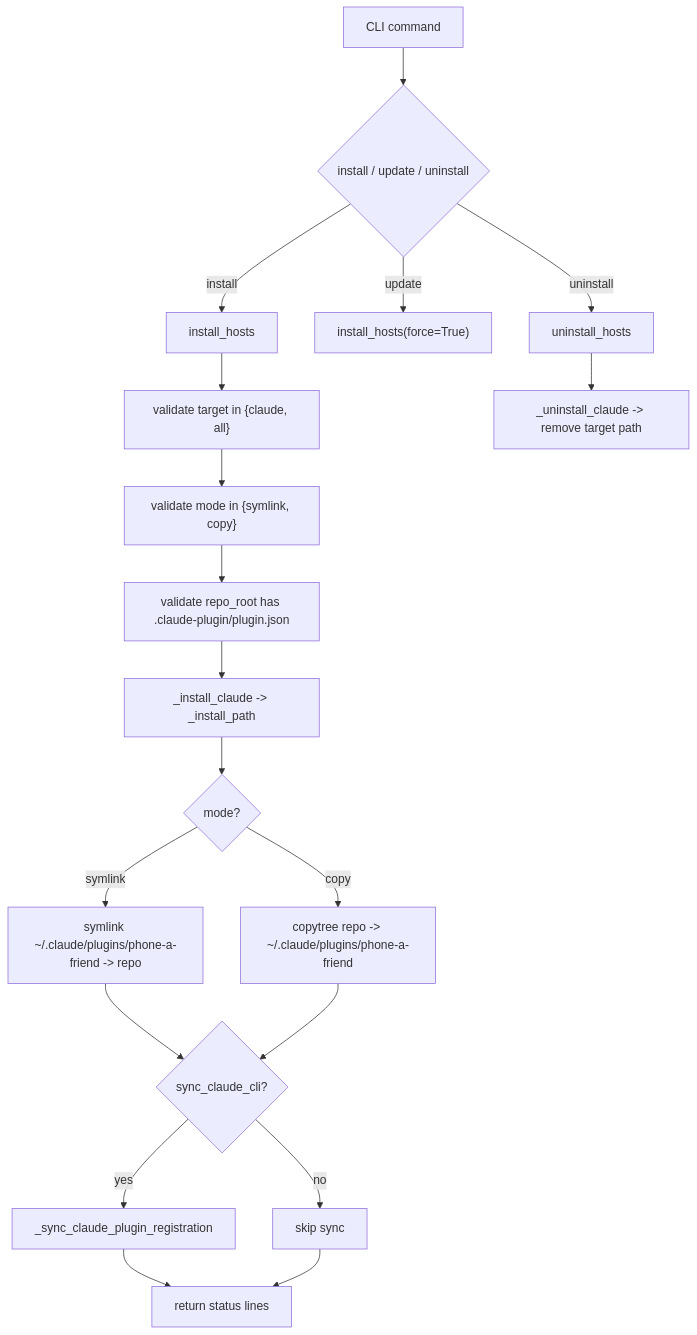
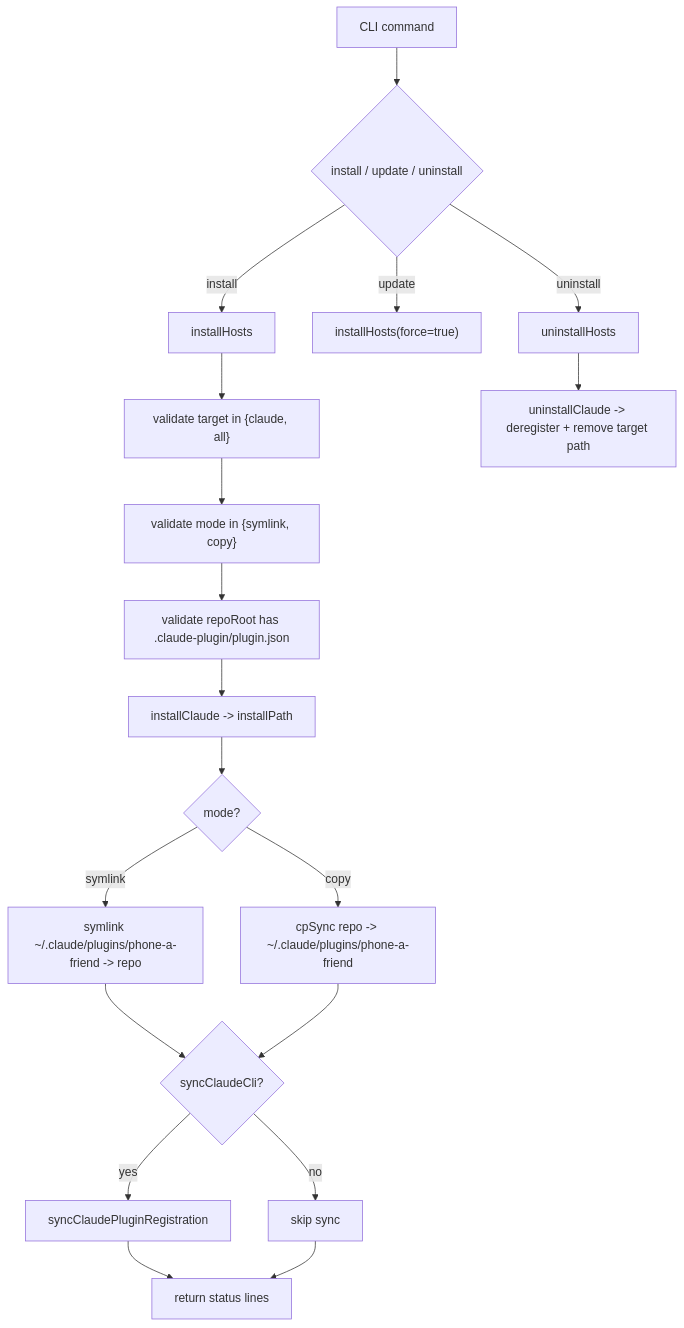
The first of 4 diagrams in architecture/04-installer-plugin.md (freibergergarcia/phone-a-friend), drawn with Mermaid before and after one commit. The commit also changed other lines of this file and 81 other files, not shown here.

````diff
--- a/architecture/04-installer-plugin.md
+++ b/architecture/04-installer-plugin.md
@@ -7,24 +7,24 @@
 ```mermaid
 flowchart TD
   A[CLI command] --> B{install / update / uninstall}
 
-  B -- install --> C[install_hosts]
-  B -- update --> D["install_hosts(force=True)"]
-  B -- uninstall --> E[uninstall_hosts]
+  B -- install --> C[installHosts]
+  B -- update --> D["installHosts(force=true)"]
+  B -- uninstall --> E[uninstallHosts]
 
   C --> C1["validate target in {claude, all}"]
   C1 --> C2["validate mode in {symlink, copy}"]
-  C2 --> C3["validate repo_root has .claude-plugin/plugin.json"]
-  C3 --> C4["_install_claude -> _install_path"]
+  C2 --> C3["validate repoRoot has .claude-plugin/plugin.json"]
+  C3 --> C4["installClaude -> installPath"]
   C4 --> C5{mode?}
   C5 -- symlink --> C6["symlink ~/.claude/plugins/phone-a-friend -> repo"]
-  C5 -- copy --> C7["copytree repo -> ~/.claude/plugins/phone-a-friend"]
-  C6 --> C8{sync_claude_cli?}
+  C5 -- copy --> C7["cpSync repo -> ~/.claude/plugins/phone-a-friend"]
+  C6 --> C8{syncClaudeCli?}
   C7 --> C8
-  C8 -- yes --> C9["_sync_claude_plugin_registration"]
+  C8 -- yes --> C9["syncClaudePluginRegistration"]
   C8 -- no --> C10[skip sync]
   C9 --> C11[return status lines]
   C10 --> C11
 
-  E --> E1["_uninstall_claude -> remove target path"]
+  E --> E1["uninstallClaude -> deregister + remove target path"]
 ```
````
